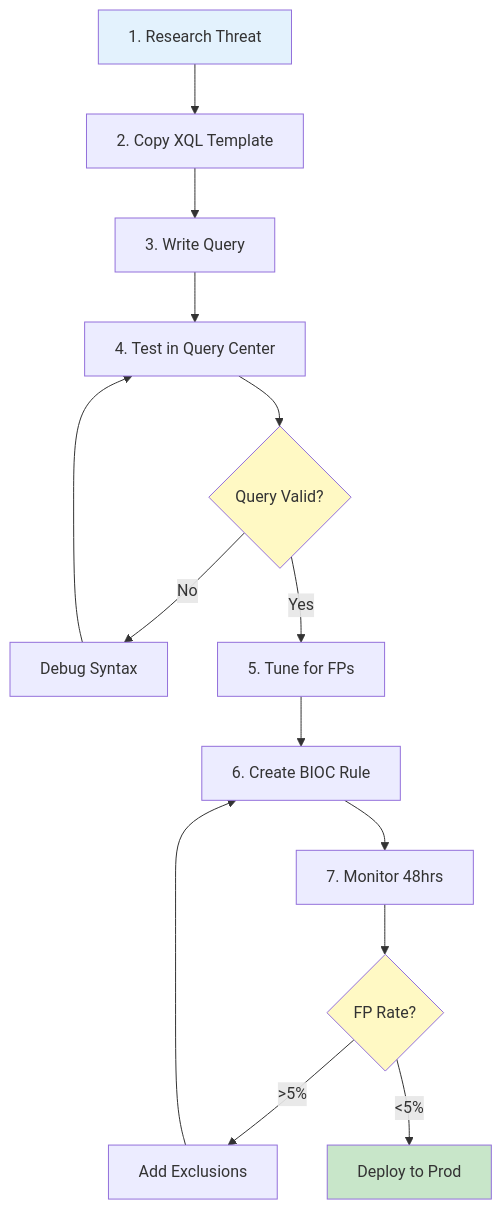
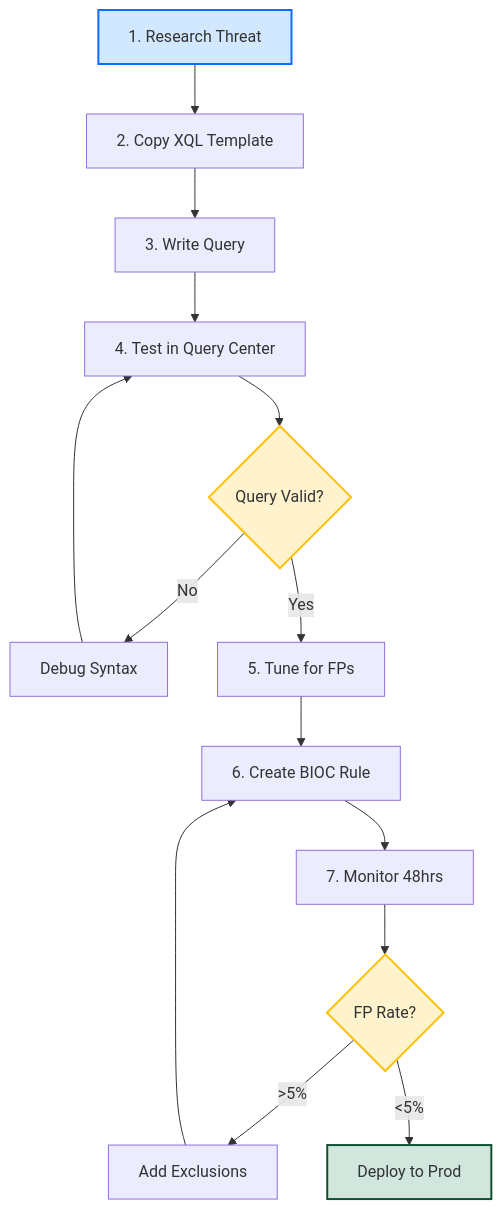
One commit to PrototypePrime/Cortex_XDR_XQL_Detection changed the diagram in README.md. Above: the diagram before and after it, drawn with Mermaid. The commit also changed other lines of this file and 1 other file, not shown here.

````diff
--- a/README.md
+++ b/README.md
@@ -144,21 +134,21 @@
 ```mermaid
 graph TD
     A[1. Research Threat] --> B[2. Copy XQL Template]
     B --> C[3. Write Query]
     C --> D[4. Test in Query Center]
     D --> E{Query Valid?}
     E -->|No| F[Debug Syntax]
     F --> D
     E -->|Yes| G[5. Tune for FPs]
     G --> H[6. Create BIOC Rule]
     H --> I[7. Monitor 48hrs]
     I --> J{FP Rate?}
     J -->|>5%| K[Add Exclusions]
     K --> H
     J -->|<5%| L[Deploy to Prod]
     
-    style A fill:#e3f2fd
-    style L fill:#c8e6c9
-    style E fill:#fff9c4
-    style J fill:#fff9c4
+    style A fill:#d1e8ff,stroke:#0d6efd,stroke-width:2px
+    style L fill:#d1e7dd,stroke:#0f5132,stroke-width:2px
+    style E fill:#fff3cd,stroke:#ffc107,stroke-width:2px
+    style J fill:#fff3cd,stroke:#ffc107,stroke-width:2px
 ```
````
